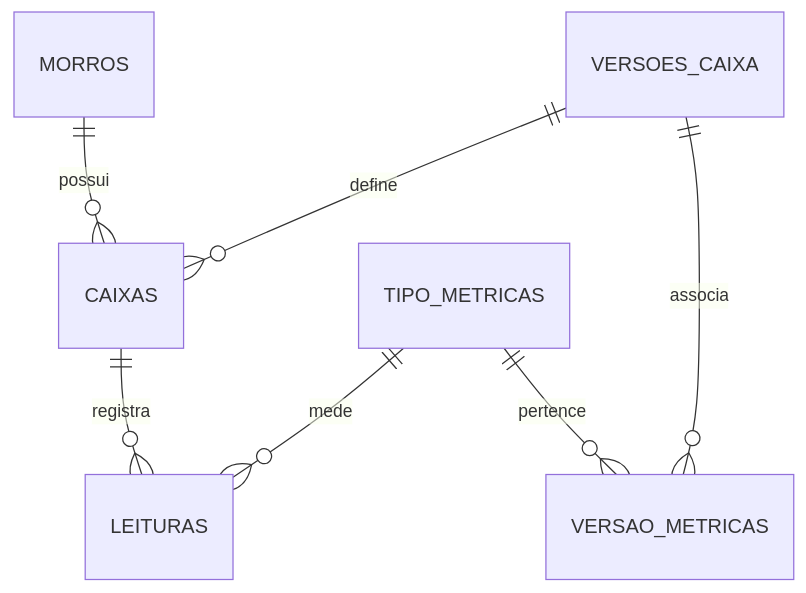
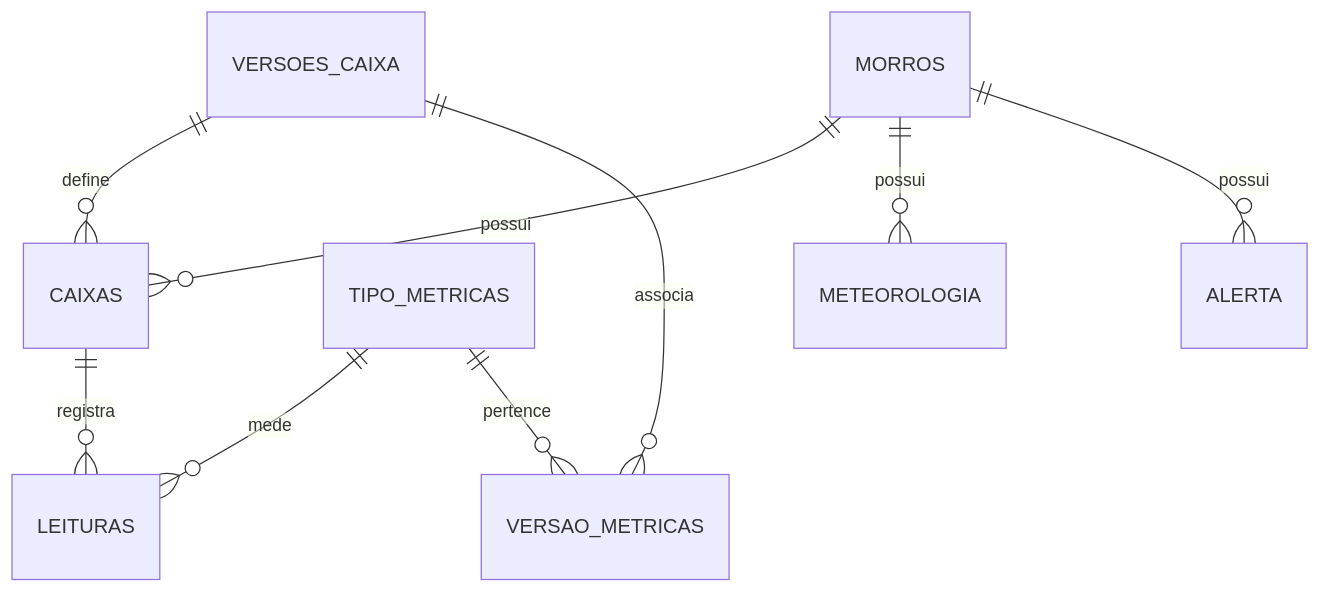
One commit to caiooliveiraeti/vigia-morro changed the diagram in README.md. Above: the diagram before and after it, drawn with Mermaid. The commit also changed other lines of this file, not shown here.

````diff
--- a/README.md
+++ b/README.md
@@ -103,9 +111,11 @@
 ```mermaid
 erDiagram
     MORROS ||--o{ CAIXAS : possui
     VERSOES_CAIXA ||--o{ CAIXAS : define
     CAIXAS ||--o{ LEITURAS : registra
     TIPO_METRICAS ||--o{ LEITURAS : mede
     VERSOES_CAIXA ||--o{ VERSAO_METRICAS : associa
     TIPO_METRICAS ||--o{ VERSAO_METRICAS : pertence
+    MORROS ||--o{ METEOROLOGIA : possui
+    MORROS ||--o{ ALERTA : possui
 ```
````
